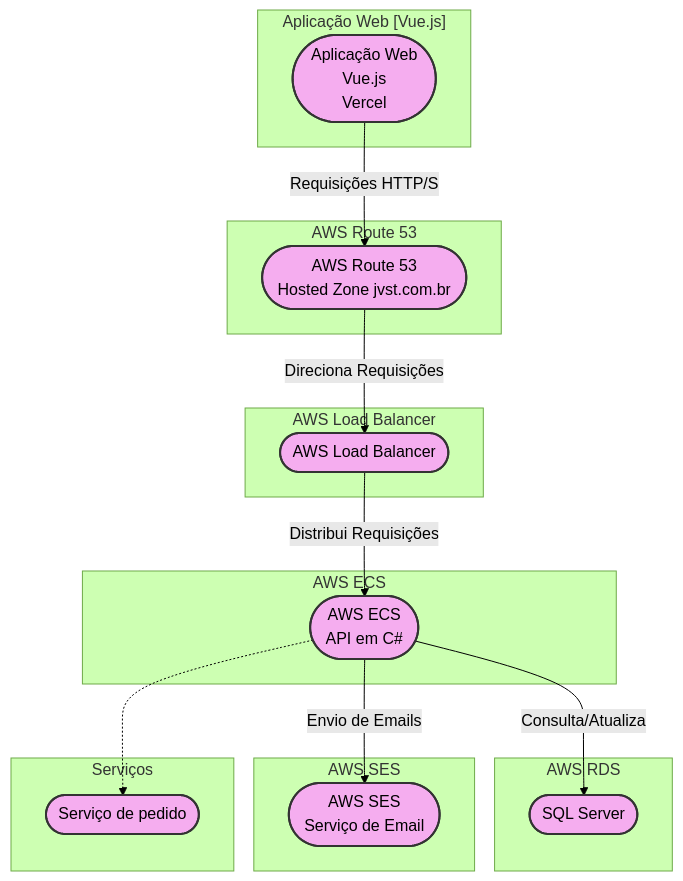
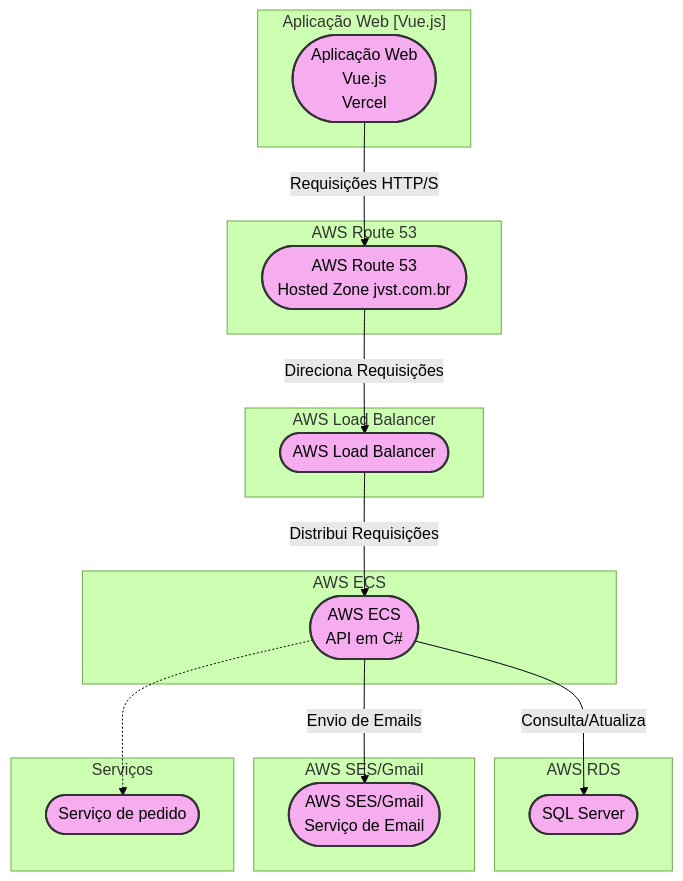
Diagram 12 of 13 in readme.md (jvst1/Portfolio), drawn with Mermaid (forest theme) before and after one commit. The commit also changed other lines of this file, not shown here.

Commit message:
feat: atualizado readme com informações gmail

````diff
--- a/readme.md
+++ b/readme.md
@@ -400,46 +400,46 @@
 ```mermaid
 graph TD
     subgraph "Aplicação Web [Vue.js]"
         AW([Aplicação Web<br>Vue.js<br>Vercel])
     end
 
     subgraph "AWS ECS"
         ECS([AWS ECS<br>API em C#])
     end
 
     subgraph "AWS RDS"
         RDS([SQL Server])
     end
 
-    subgraph "AWS SES"
-        SES([AWS SES<br>Serviço de Email])
+    subgraph "AWS SES/Gmail"
+        Email([AWS SES/Gmail<br>Serviço de Email])
     end
 
     subgraph "AWS Route 53"
         R53([AWS Route 53<br>Hosted Zone jvst.com.br])
     end
 
     subgraph "AWS Load Balancer"
         LB([AWS Load Balancer])
     end
 
     subgraph "Serviços"
         ECSCluster([Serviço de pedido])
     end
 
     AW -- "Requisições HTTP/S" --> R53
     R53 -- "Direciona Requisições" --> LB
     LB -- "Distribui Requisições" --> ECS
     ECS -- "Consulta/Atualiza" --> RDS
-    ECS -- "Envio de Emails" --> SES
+    ECS -- "Envio de Emails" --> Email
 
     ECS -.-> ECSCluster
 
     style AW fill:#f9fc,stroke:#333,stroke-width:2px
     style ECS fill:#f9fc,stroke:#333,stroke-width:2px
     style RDS fill:#f9fc,stroke:#333,stroke-width:2px
-    style SES fill:#f9fc,stroke:#333,stroke-width:2px
+    style Email fill:#f9fc,stroke:#333,stroke-width:2px
     style R53 fill:#f9fc,stroke:#333,stroke-width:2px
     style LB fill:#f9fc,stroke:#333,stroke-width:2px
     style ECSCluster fill:#f9fc,stroke:#333,stroke-width:2px
 ```
````
